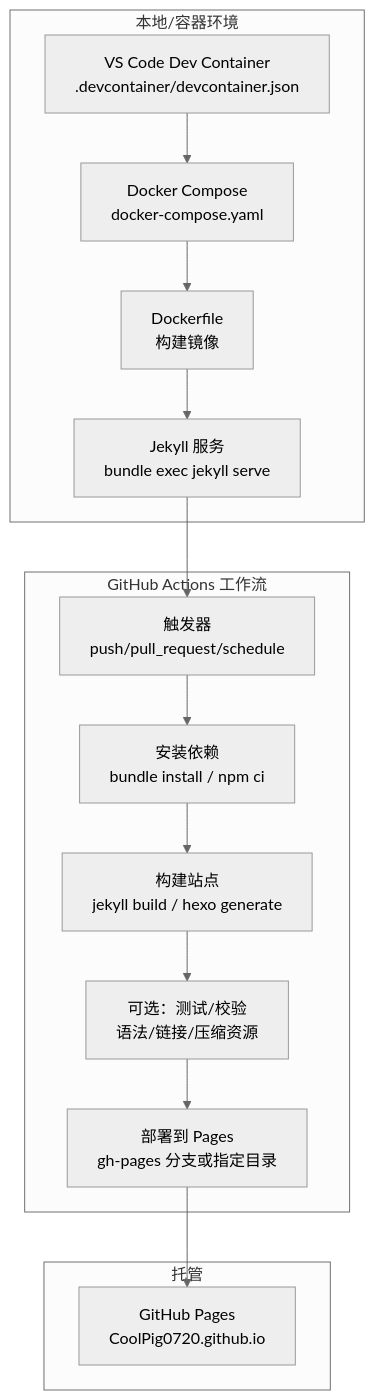
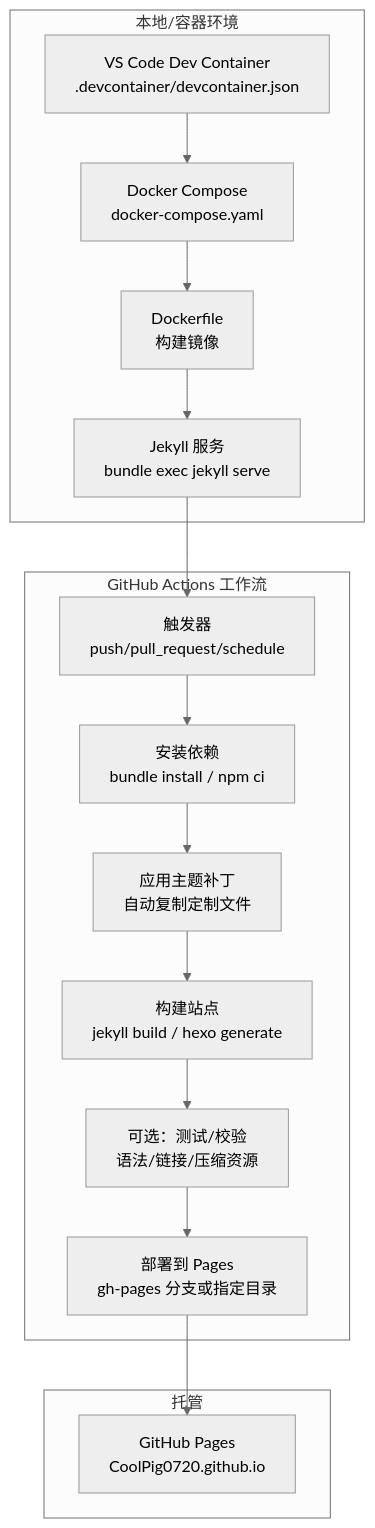
One commit to CoolPig0720/CoolPig0720.github.io changed the second of 7 diagrams in .qoder/repowiki/zh/content/部署和维护/CI_CD 工作流程.md. Above: the diagram before and after it, drawn with Mermaid (neutral theme). The commit also changed other lines of this file and 13 other files, not shown here.

````diff
--- a/.qoder/repowiki/zh/content/部署和维护/CI_CD 工作流程.md
+++ b/.qoder/repowiki/zh/content/部署和维护/CI_CD 工作流程.md
@@ -91,21 +113,22 @@
 ```mermaid
 graph TB
 subgraph "本地/容器环境"
 L1["VS Code Dev Container<br/>.devcontainer/devcontainer.json"]
 L2["Docker Compose<br/>docker-compose.yaml"]
 L3["Dockerfile<br/>构建镜像"]
 L4["Jekyll 服务<br/>bundle exec jekyll serve"]
 end
 subgraph "GitHub Actions 工作流"
 C1["触发器<br/>push/pull_request/schedule"]
 C2["安装依赖<br/>bundle install / npm ci"]
-C3["构建站点<br/>jekyll build / hexo generate"]
-C4["可选：测试/校验<br/>语法/链接/压缩资源"]
-C5["部署到 Pages<br/>gh-pages 分支或指定目录"]
+C3["应用主题补丁<br/>自动复制定制文件"]
+C4["构建站点<br/>jekyll build / hexo generate"]
+C5["可选：测试/校验<br/>语法/链接/压缩资源"]
+C6["部署到 Pages<br/>gh-pages 分支或指定目录"]
 end
 subgraph "托管"
 G["GitHub Pages<br/>CoolPig0720.github.io"]
 end
 L1 --> L2 --> L3 --> L4
-L4 --> C1 --> C2 --> C3 --> C4 --> C5 --> G
+L4 --> C1 --> C2 --> C3 --> C4 --> C5 --> C6 --> G
 ```
````
